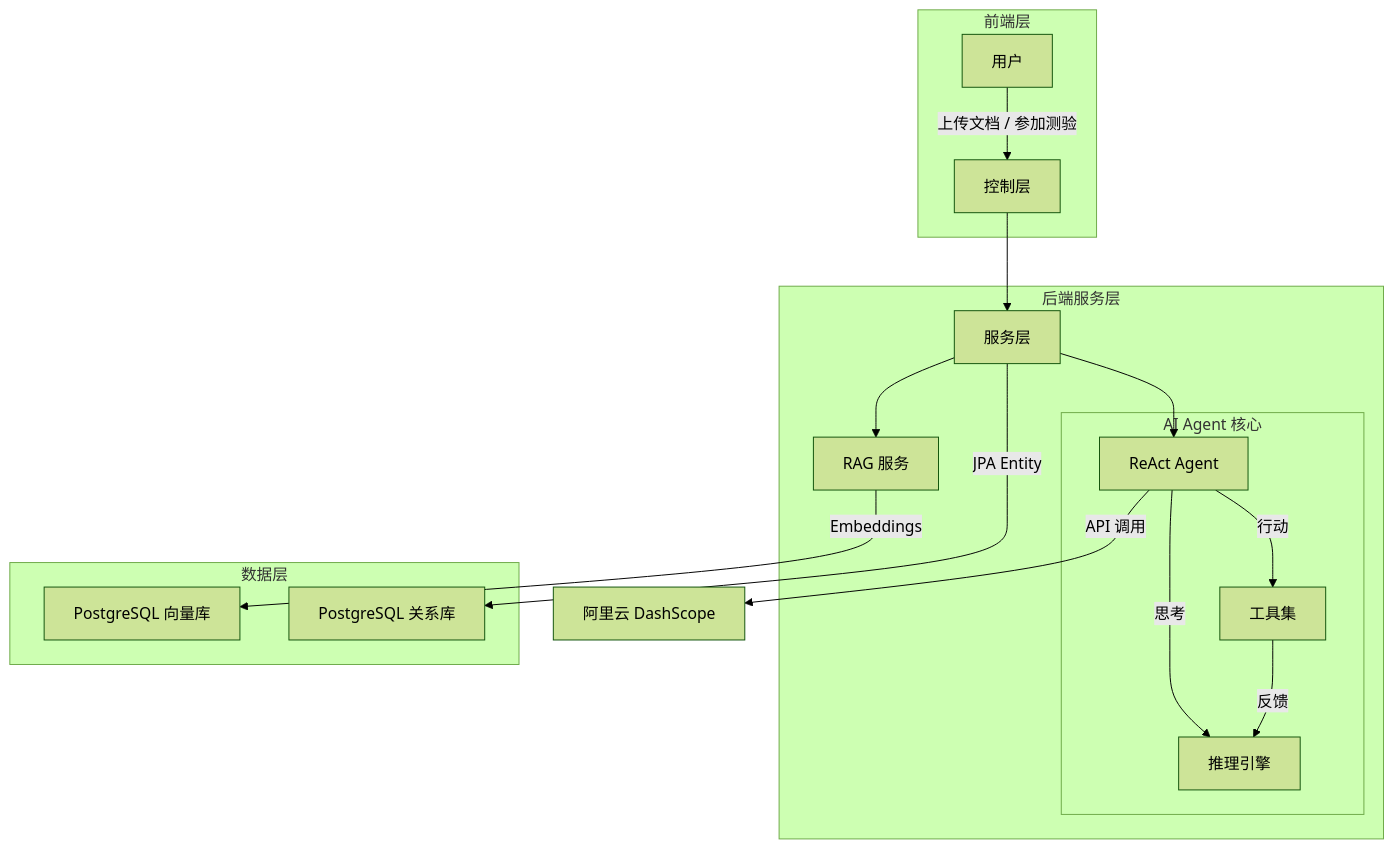
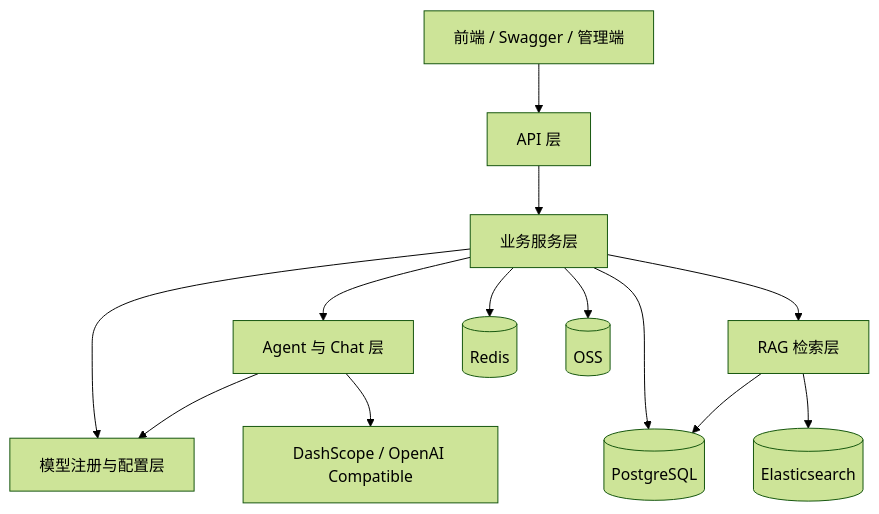
Before and after one commit to JiaWei-Chen-2295/jc-ai-agent: the diagram in docs/后端设计文档.md, drawn with Mermaid (forest theme). The commit also changed other lines of this file and 16 other files, not shown here.

````diff
--- a/docs/后端设计文档.md
+++ b/docs/后端设计文档.md
@@ -16,25 +57,27 @@
 ```mermaid
 graph TD
-    subgraph "前端层"
-        User[用户] -->|"上传文档 / 参加测验"| Controller[控制层]
-    end
+    Client[前端 / Swagger / 管理端]
+    Api[API 层]
+    Service[业务服务层]
+    Agent[Agent 与 Chat 层]
+    Rag[RAG 检索层]
+    Model[模型注册与配置层]
+    DB[(PostgreSQL)]
+    ES[(Elasticsearch)]
+    Redis[(Redis)]
+    OSS[(OSS)]
+    LLM[DashScope / OpenAI Compatible]
 
-    subgraph "后端服务层"
-        Controller --> Service[服务层]
-        Service --> Agent[ReAct Agent]
-        Service --> RAG[RAG 服务]
-        
-        subgraph "AI Agent 核心"
-            Agent -->|"思考"| LLM[推理引擎]
-            Agent -->|"行动"| Tools[工具集]
-            Tools -->|"反馈"| LLM
-        end
-    end
-
-    subgraph "数据层"
-        RAG -->|"Embeddings"| VectorDB["PostgreSQL 向量库"]
-        Service -->|"JPA Entity"| RelationalDB["PostgreSQL 关系库"]
-    end
-
-    Agent -->|"API 调用"| DashScope["阿里云 DashScope"]
+    Client --> Api
+    Api --> Service
+    Service --> Agent
+    Service --> Rag
+    Service --> Model
+    Service --> DB
+    Service --> Redis
+    Service --> OSS
+    Rag --> DB
+    Rag --> ES
+    Agent --> Model
+    Agent --> LLM
 ```
````
